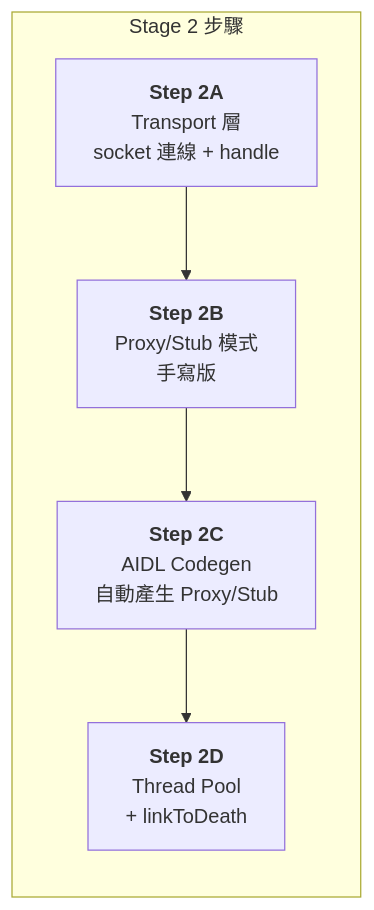
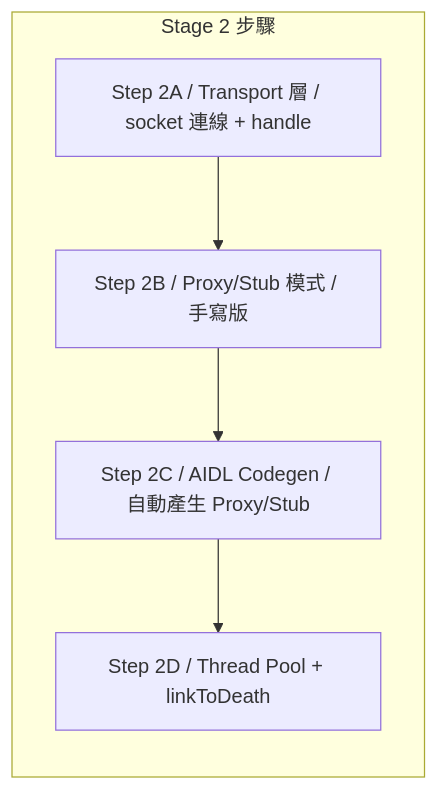
The ninth of 26 diagrams in docs/learning-guide.md (Owen771/mini-AOSP), drawn with Mermaid before and after one commit. The commit also changed other lines of this file and 34 other files, not shown here.

````diff
--- a/docs/learning-guide.md
+++ b/docs/learning-guide.md
@@ -735,11 +753,11 @@
 ```mermaid
 graph LR
-    subgraph "Stage 2 步驟"
-        A["<b>Step 2A</b><br/>Transport 層<br/>socket 連線 + handle"]
-        B["<b>Step 2B</b><br/>Proxy/Stub 模式<br/>手寫版"]
-        C["<b>Step 2C</b><br/>AIDL Codegen<br/>自動產生 Proxy/Stub"]
-        D["<b>Step 2D</b><br/>Thread Pool<br/>+ linkToDeath"]
-    end
+ subgraph "Stage 2 步驟"
+ A["Step 2A / Transport 層 / socket 連線 + handle"]
+ B["Step 2B / Proxy/Stub 模式 / 手寫版"]
+ C["Step 2C / AIDL Codegen / 自動產生 Proxy/Stub"]
+ D["Step 2D / Thread Pool + linkToDeath"]
+ end
 
-    A --> B --> C --> D
+ A --> B --> C --> D
 ```
````
